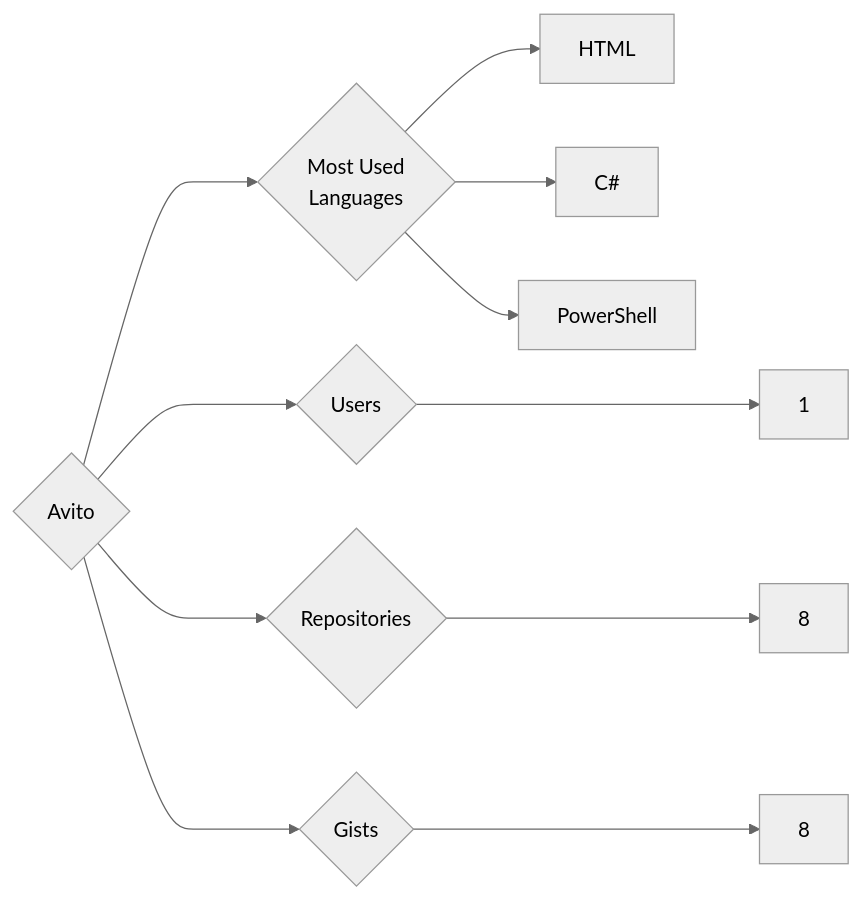
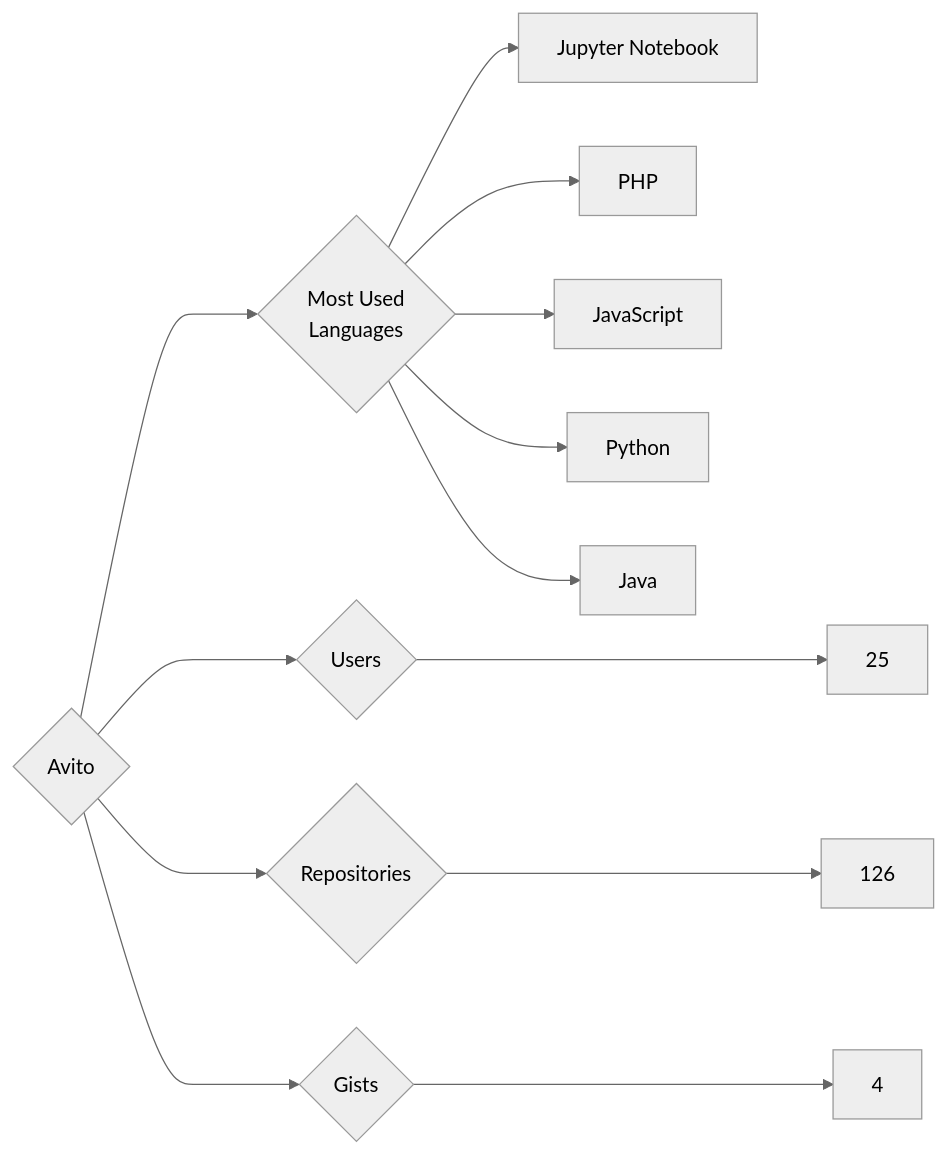
One commit to trickest/insiders changed the diagram in targets/Avito/README.md. Above: the diagram before and after it, drawn with Mermaid (neutral theme). The commit also changed 736 other files, not shown here.

````diff
--- a/targets/Avito/README.md
+++ b/targets/Avito/README.md
@@ -3,11 +3,13 @@
 ```mermaid
 graph LR
 COMPANY_NAME{Avito}
-COMPANY_NAME ---> U{Users} ---> UN[1]
-COMPANY_NAME ---> R{Repositories} ---> RN[8]
-COMPANY_NAME ---> G{Gists} ---> GN[8]
+COMPANY_NAME ---> U{Users} ---> UN[25]
+COMPANY_NAME ---> R{Repositories} ---> RN[126]
+COMPANY_NAME ---> G{Gists} ---> GN[4]
 COMPANY_NAME ---> ML{Most Used<br>Languages}
-ML --> HTML[HTML]
-ML --> C#[C#]
-ML --> PowerShell[PowerShell]
+ML --> Jupyter_Notebook[Jupyter Notebook]
+ML --> PHP[PHP]
+ML --> JavaScript[JavaScript]
+ML --> Python[Python]
+ML --> Java[Java]
 ```
````
